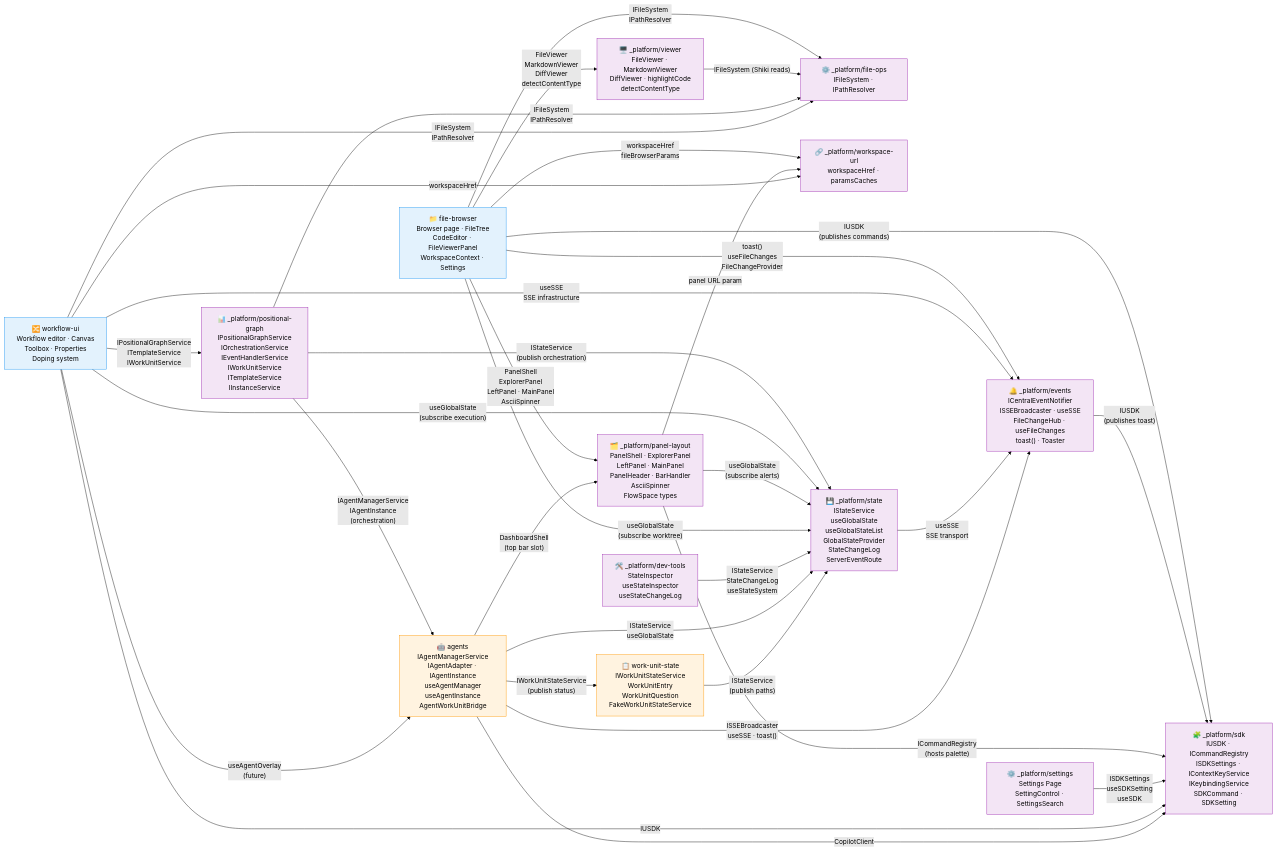
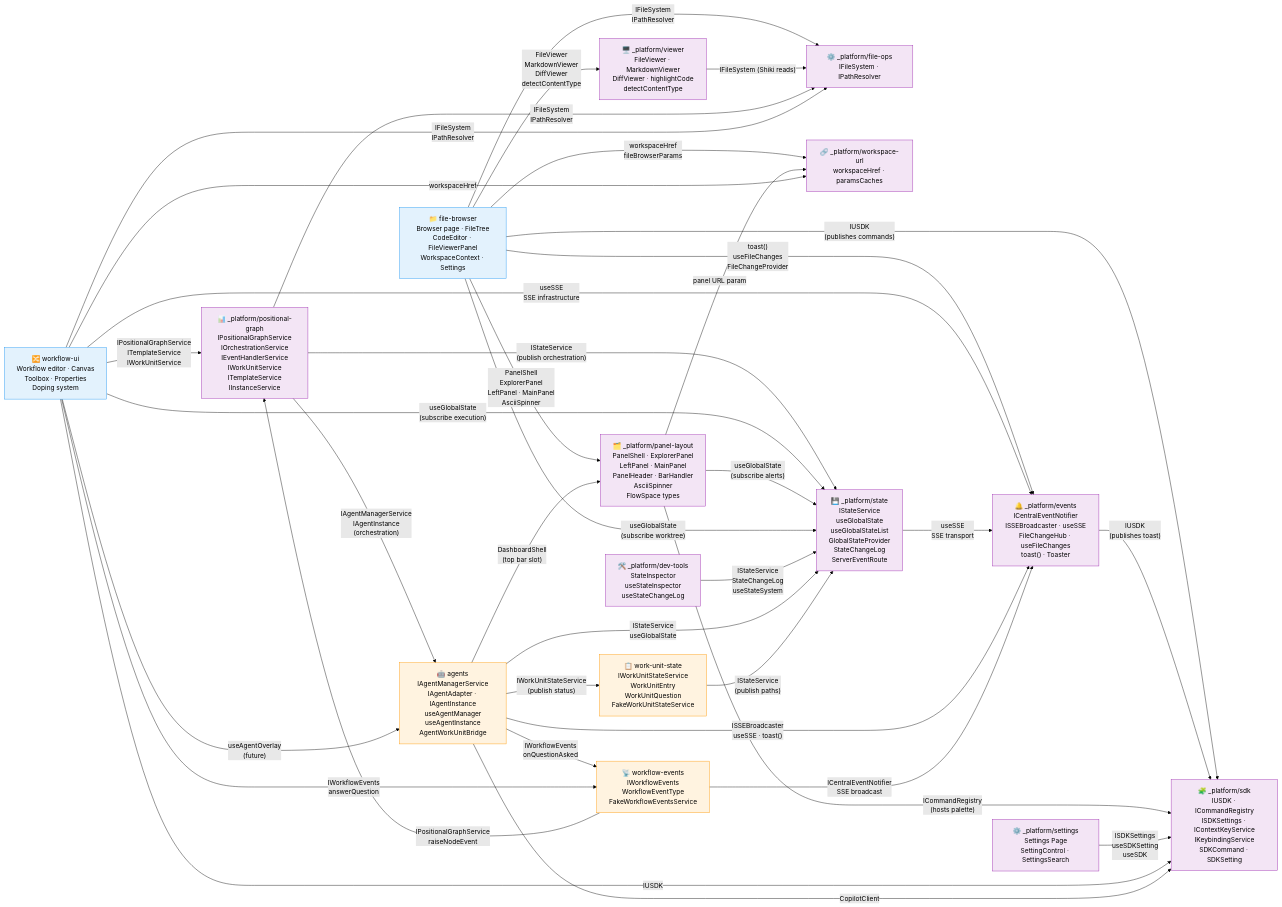
The diagram in docs/domains/domain-map.md (AI-Substrate/chainglass), drawn with Mermaid (forest theme) before and after one commit. The commit also changed other lines of this file and 15 other files, not shown here.

First line of the commit message:
Add Plan 061 Phase 1: IWorkflowEvents interface, types, constants, fake

````diff
--- a/docs/domains/domain-map.md
+++ b/docs/domains/domain-map.md
@@ -29,6 +29,9 @@
     %% NEW business domains (Plan 059)
     agents["🤖 agents<br/>IAgentManagerService<br/>IAgentAdapter · IAgentInstance<br/>useAgentManager<br/>useAgentInstance<br/>AgentWorkUnitBridge"]:::new
     workUnitState["📋 work-unit-state<br/>IWorkUnitStateService<br/>WorkUnitEntry<br/>WorkUnitQuestion<br/>FakeWorkUnitStateService"]:::new
+
+    %% NEW business domains (Plan 061)
+    wfEvents["📡 workflow-events<br/>IWorkflowEvents<br/>WorkflowEventType<br/>FakeWorkflowEventsService"]:::new
 
     %% Contract dependencies (consumer → provider)
     fileBrowser -->|"IFileSystem<br/>IPathResolver"| fileOps
@@ -78,4 +81,10 @@
 
     %% NEW: Workflow UI → agents (future overlay)
     workflowUI -->|"useAgentOverlay<br/>(future)"| agents
+
+    %% NEW: Workflow Events dependencies (Plan 061)
+    wfEvents -->|"IPositionalGraphService<br/>raiseNodeEvent"| posGraph
+    wfEvents -->|"ICentralEventNotifier<br/>SSE broadcast"| events
+    agents -->|"IWorkflowEvents<br/>onQuestionAsked"| wfEvents
+    workflowUI -->|"IWorkflowEvents<br/>answerQuestion"| wfEvents
 ```
````
